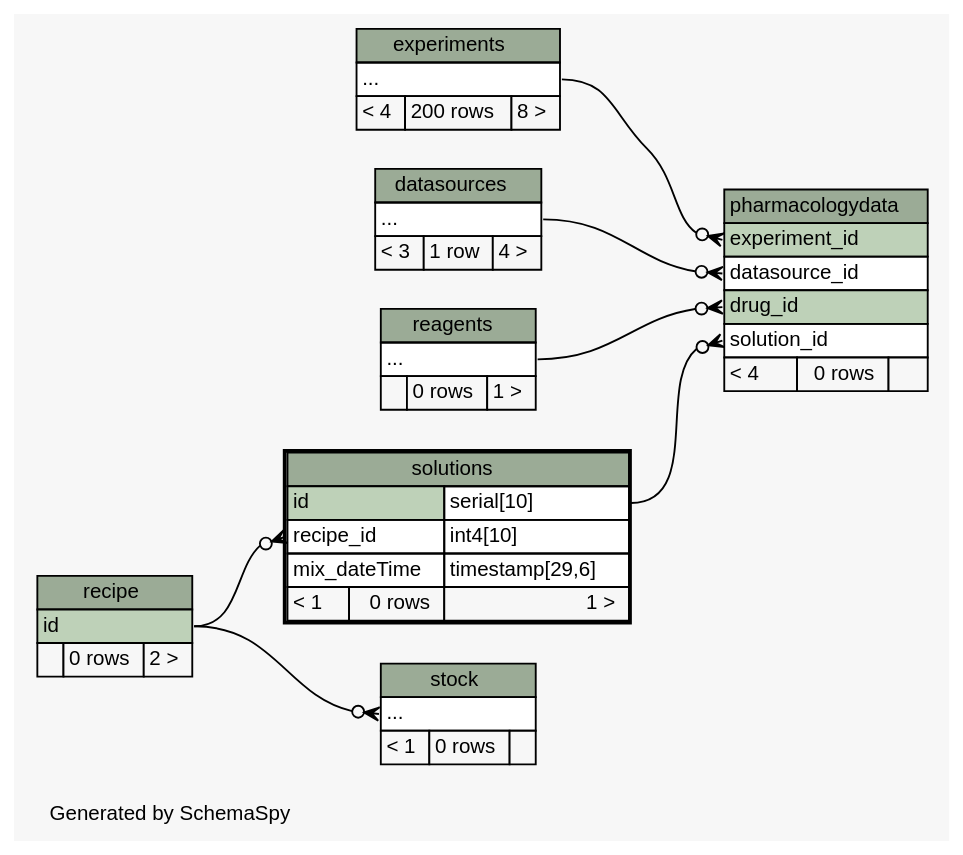
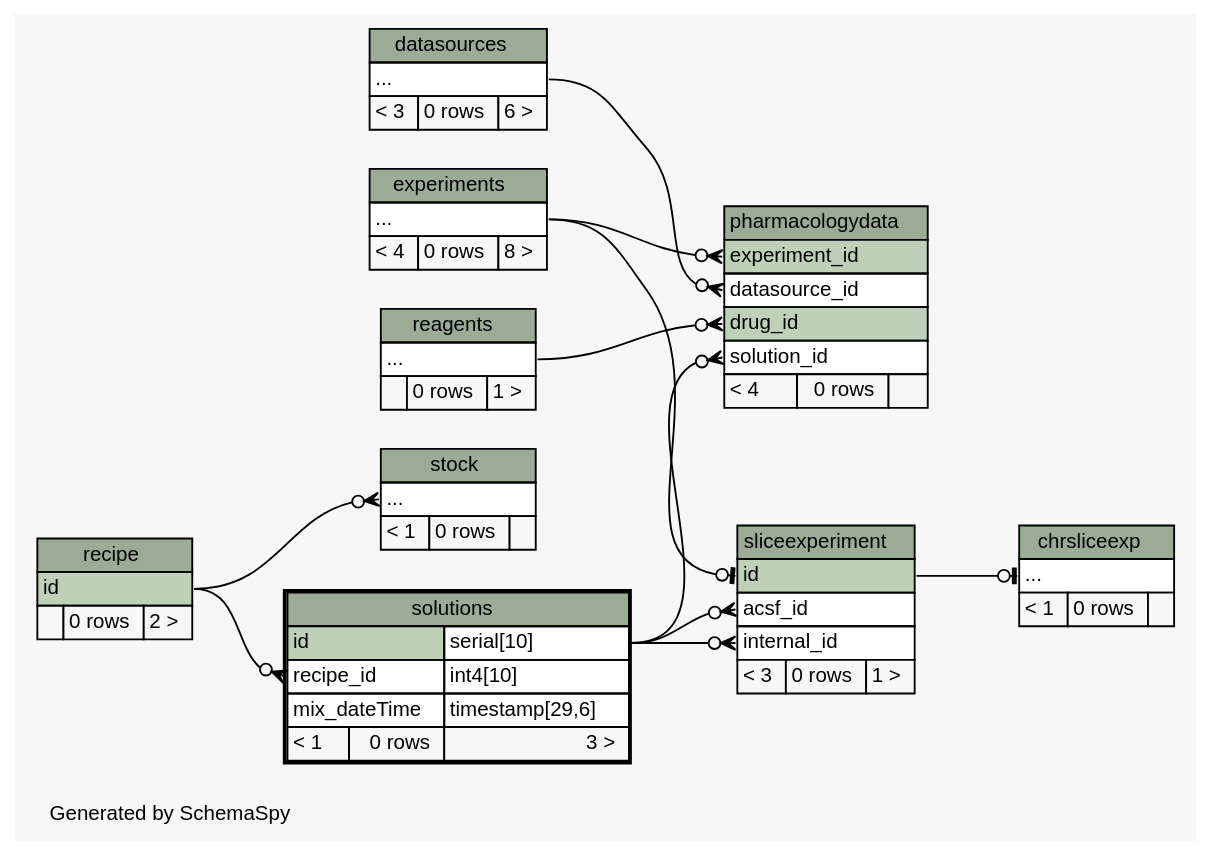
The diagram in database/ss/diagrams/solutions.2degrees.dot (tgbugs/mlab), drawn with Graphviz before and after one commit. The commit also changed 227 other files, not shown here.

```diff
--- a/database/ss/diagrams/solutions.2degrees.dot
+++ b/database/ss/diagrams/solutions.2degrees.dot
@@ -1,103 +1,129 @@
 // dot 2.32.0 on Windows 7 6.1
 // SchemaSpy rev 590
 digraph "twoDegreesRelationshipsDiagram" {
   graph [
     rankdir="RL"
     bgcolor="#f7f7f7"
     label="\nGenerated by SchemaSpy"
     labeljust="l"
     nodesep="0.18"
     ranksep="0.46"
     fontname="Helvetica"
     fontsize="11"
   ];
   node [
     fontname="Helvetica"
     fontsize="11"
     shape="plaintext"
   ];
   edge [
     arrowsize="0.8"
   ];
+  "chrsliceexp":"elipses":w -> "sliceexperiment":"id":e [arrowhead=none dir=back arrowtail=teeodot];
   "pharmacologydata":"datasource_id":w -> "datasources":"elipses":e [arrowhead=none dir=back arrowtail=crowodot];
   "pharmacologydata":"drug_id":w -> "reagents":"elipses":e [arrowhead=none dir=back arrowtail=crowodot];
   "pharmacologydata":"experiment_id":w -> "experiments":"elipses":e [arrowhead=none dir=back arrowtail=crowodot];
   "pharmacologydata":"solution_id":w -> "solutions":"id.type":e [arrowhead=none dir=back arrowtail=crowodot];
+  "sliceexperiment":"acsf_id":w -> "solutions":"id.type":e [arrowhead=none dir=back arrowtail=crowodot];
+  "sliceexperiment":"id":w -> "experiments":"elipses":e [arrowhead=none dir=back arrowtail=teeodot];
+  "sliceexperiment":"internal_id":w -> "solutions":"id.type":e [arrowhead=none dir=back arrowtail=crowodot];
   "solutions":"recipe_id":w -> "recipe":"id":e [arrowhead=none dir=back arrowtail=crowodot];
   "stock":"elipses":w -> "recipe":"id":e [arrowhead=none dir=back arrowtail=crowodot];
+  "chrsliceexp" [
+    label=<
+    <TABLE BORDER="0" CELLBORDER="1" CELLSPACING="0" BGCOLOR="#ffffff">
+      <TR><TD COLSPAN="3" BGCOLOR="#9bab96" ALIGN="CENTER">chrsliceexp</TD></TR>
+      <TR><TD PORT="elipses" COLSPAN="3" ALIGN="LEFT">...</TD></TR>
+      <TR><TD ALIGN="LEFT" BGCOLOR="#f7f7f7">&lt; 1</TD><TD ALIGN="RIGHT" BGCOLOR="#f7f7f7">0 rows</TD><TD ALIGN="RIGHT" BGCOLOR="#f7f7f7">  </TD></TR>
+    </TABLE>>
+    URL="chrsliceexp.html"
+    tooltip="chrsliceexp"
+  ];
   "datasources" [
     label=<
     <TABLE BORDER="0" CELLBORDER="1" CELLSPACING="0" BGCOLOR="#ffffff">
       <TR><TD COLSPAN="3" BGCOLOR="#9bab96" ALIGN="CENTER">datasources</TD></TR>
       <TR><TD PORT="elipses" COLSPAN="3" ALIGN="LEFT">...</TD></TR>
-      <TR><TD ALIGN="LEFT" BGCOLOR="#f7f7f7">&lt; 3</TD><TD ALIGN="RIGHT" BGCOLOR="#f7f7f7">1 row</TD><TD ALIGN="RIGHT" BGCOLOR="#f7f7f7">4 &gt;</TD></TR>
+      <TR><TD ALIGN="LEFT" BGCOLOR="#f7f7f7">&lt; 3</TD><TD ALIGN="RIGHT" BGCOLOR="#f7f7f7">0 rows</TD><TD ALIGN="RIGHT" BGCOLOR="#f7f7f7">6 &gt;</TD></TR>
     </TABLE>>
     URL="datasources.html"
     tooltip="datasources"
   ];
   "experiments" [
     label=<
     <TABLE BORDER="0" CELLBORDER="1" CELLSPACING="0" BGCOLOR="#ffffff">
       <TR><TD COLSPAN="3" BGCOLOR="#9bab96" ALIGN="CENTER">experiments</TD></TR>
       <TR><TD PORT="elipses" COLSPAN="3" ALIGN="LEFT">...</TD></TR>
-      <TR><TD ALIGN="LEFT" BGCOLOR="#f7f7f7">&lt; 4</TD><TD ALIGN="RIGHT" BGCOLOR="#f7f7f7">200 rows</TD><TD ALIGN="RIGHT" BGCOLOR="#f7f7f7">8 &gt;</TD></TR>
+      <TR><TD ALIGN="LEFT" BGCOLOR="#f7f7f7">&lt; 4</TD><TD ALIGN="RIGHT" BGCOLOR="#f7f7f7">0 rows</TD><TD ALIGN="RIGHT" BGCOLOR="#f7f7f7">8 &gt;</TD></TR>
     </TABLE>>
     URL="experiments.html"
     tooltip="experiments"
   ];
   "pharmacologydata" [
     label=<
     <TABLE BORDER="0" CELLBORDER="1" CELLSPACING="0" BGCOLOR="#ffffff">
       <TR><TD COLSPAN="3" BGCOLOR="#9bab96" ALIGN="CENTER">pharmacologydata</TD></TR>
       <TR><TD PORT="experiment_id" COLSPAN="3" BGCOLOR="#bed1b8" ALIGN="LEFT">experiment_id</TD></TR>
       <TR><TD PORT="datasource_id" COLSPAN="3" ALIGN="LEFT">datasource_id</TD></TR>
       <TR><TD PORT="drug_id" COLSPAN="3" BGCOLOR="#bed1b8" ALIGN="LEFT">drug_id</TD></TR>
       <TR><TD PORT="solution_id" COLSPAN="3" ALIGN="LEFT">solution_id</TD></TR>
       <TR><TD ALIGN="LEFT" BGCOLOR="#f7f7f7">&lt; 4</TD><TD ALIGN="RIGHT" BGCOLOR="#f7f7f7">0 rows</TD><TD ALIGN="RIGHT" BGCOLOR="#f7f7f7">  </TD></TR>
     </TABLE>>
     URL="pharmacologydata.html"
     tooltip="pharmacologydata"
   ];
   "reagents" [
     label=<
     <TABLE BORDER="0" CELLBORDER="1" CELLSPACING="0" BGCOLOR="#ffffff">
       <TR><TD COLSPAN="3" BGCOLOR="#9bab96" ALIGN="CENTER">reagents</TD></TR>
       <TR><TD PORT="elipses" COLSPAN="3" ALIGN="LEFT">...</TD></TR>
       <TR><TD ALIGN="LEFT" BGCOLOR="#f7f7f7">  </TD><TD ALIGN="RIGHT" BGCOLOR="#f7f7f7">0 rows</TD><TD ALIGN="RIGHT" BGCOLOR="#f7f7f7">1 &gt;</TD></TR>
     </TABLE>>
     URL="reagents.html"
     tooltip="reagents"
   ];
   "recipe" [
     label=<
     <TABLE BORDER="0" CELLBORDER="1" CELLSPACING="0" BGCOLOR="#ffffff">
       <TR><TD COLSPAN="3" BGCOLOR="#9bab96" ALIGN="CENTER">recipe</TD></TR>
       <TR><TD PORT="id" COLSPAN="3" BGCOLOR="#bed1b8" ALIGN="LEFT">id</TD></TR>
       <TR><TD ALIGN="LEFT" BGCOLOR="#f7f7f7">  </TD><TD ALIGN="RIGHT" BGCOLOR="#f7f7f7">0 rows</TD><TD ALIGN="RIGHT" BGCOLOR="#f7f7f7">2 &gt;</TD></TR>
     </TABLE>>
     URL="recipe.html"
     tooltip="recipe"
   ];
+  "sliceexperiment" [
+    label=<
+    <TABLE BORDER="0" CELLBORDER="1" CELLSPACING="0" BGCOLOR="#ffffff">
+      <TR><TD COLSPAN="3" BGCOLOR="#9bab96" ALIGN="CENTER">sliceexperiment</TD></TR>
+      <TR><TD PORT="id" COLSPAN="3" BGCOLOR="#bed1b8" ALIGN="LEFT">id</TD></TR>
+      <TR><TD PORT="acsf_id" COLSPAN="3" ALIGN="LEFT">acsf_id</TD></TR>
+      <TR><TD PORT="internal_id" COLSPAN="3" ALIGN="LEFT">internal_id</TD></TR>
+      <TR><TD ALIGN="LEFT" BGCOLOR="#f7f7f7">&lt; 3</TD><TD ALIGN="RIGHT" BGCOLOR="#f7f7f7">0 rows</TD><TD ALIGN="RIGHT" BGCOLOR="#f7f7f7">1 &gt;</TD></TR>
+    </TABLE>>
+    URL="sliceexperiment.html"
+    tooltip="sliceexperiment"
+  ];
   "solutions" [
     label=<
     <TABLE BORDER="2" CELLBORDER="1" CELLSPACING="0" BGCOLOR="#ffffff">
       <TR><TD COLSPAN="3" BGCOLOR="#9bab96" ALIGN="CENTER">solutions</TD></TR>
       <TR><TD PORT="id" COLSPAN="2" BGCOLOR="#bed1b8" ALIGN="LEFT">id</TD><TD PORT="id.type" ALIGN="LEFT">serial[10]</TD></TR>
       <TR><TD PORT="recipe_id" COLSPAN="2" ALIGN="LEFT">recipe_id</TD><TD PORT="recipe_id.type" ALIGN="LEFT">int4[10]</TD></TR>
       <TR><TD PORT="mix_dateTime" COLSPAN="2" ALIGN="LEFT">mix_dateTime</TD><TD PORT="mix_dateTime.type" ALIGN="LEFT">timestamp[29,6]</TD></TR>
-      <TR><TD ALIGN="LEFT" BGCOLOR="#f7f7f7">&lt; 1</TD><TD ALIGN="RIGHT" BGCOLOR="#f7f7f7">0 rows</TD><TD ALIGN="RIGHT" BGCOLOR="#f7f7f7">1 &gt;</TD></TR>
+      <TR><TD ALIGN="LEFT" BGCOLOR="#f7f7f7">&lt; 1</TD><TD ALIGN="RIGHT" BGCOLOR="#f7f7f7">0 rows</TD><TD ALIGN="RIGHT" BGCOLOR="#f7f7f7">3 &gt;</TD></TR>
     </TABLE>>
     URL="solutions.html"
     tooltip="solutions"
   ];
   "stock" [
     label=<
     <TABLE BORDER="0" CELLBORDER="1" CELLSPACING="0" BGCOLOR="#ffffff">
       <TR><TD COLSPAN="3" BGCOLOR="#9bab96" ALIGN="CENTER">stock</TD></TR>
       <TR><TD PORT="elipses" COLSPAN="3" ALIGN="LEFT">...</TD></TR>
       <TR><TD ALIGN="LEFT" BGCOLOR="#f7f7f7">&lt; 1</TD><TD ALIGN="RIGHT" BGCOLOR="#f7f7f7">0 rows</TD><TD ALIGN="RIGHT" BGCOLOR="#f7f7f7">  </TD></TR>
     </TABLE>>
     URL="stock.html"
     tooltip="stock"
   ];
 }
```
